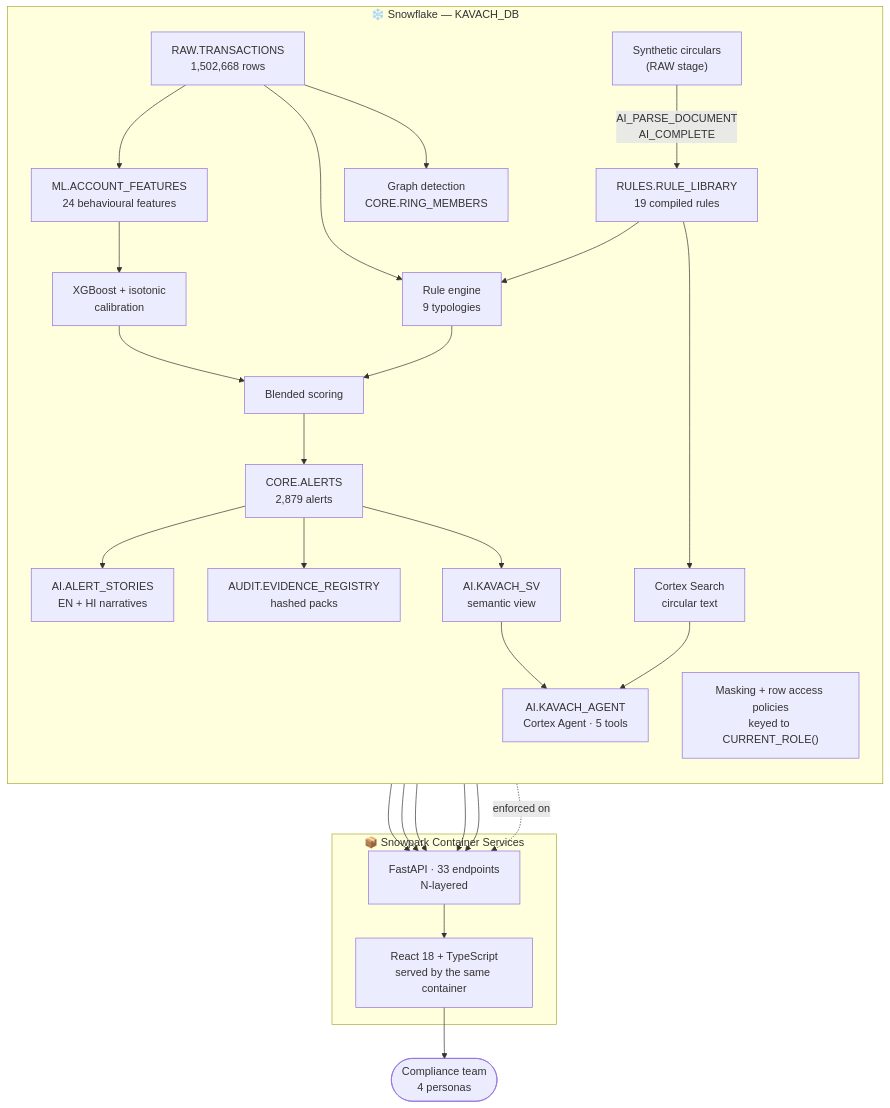
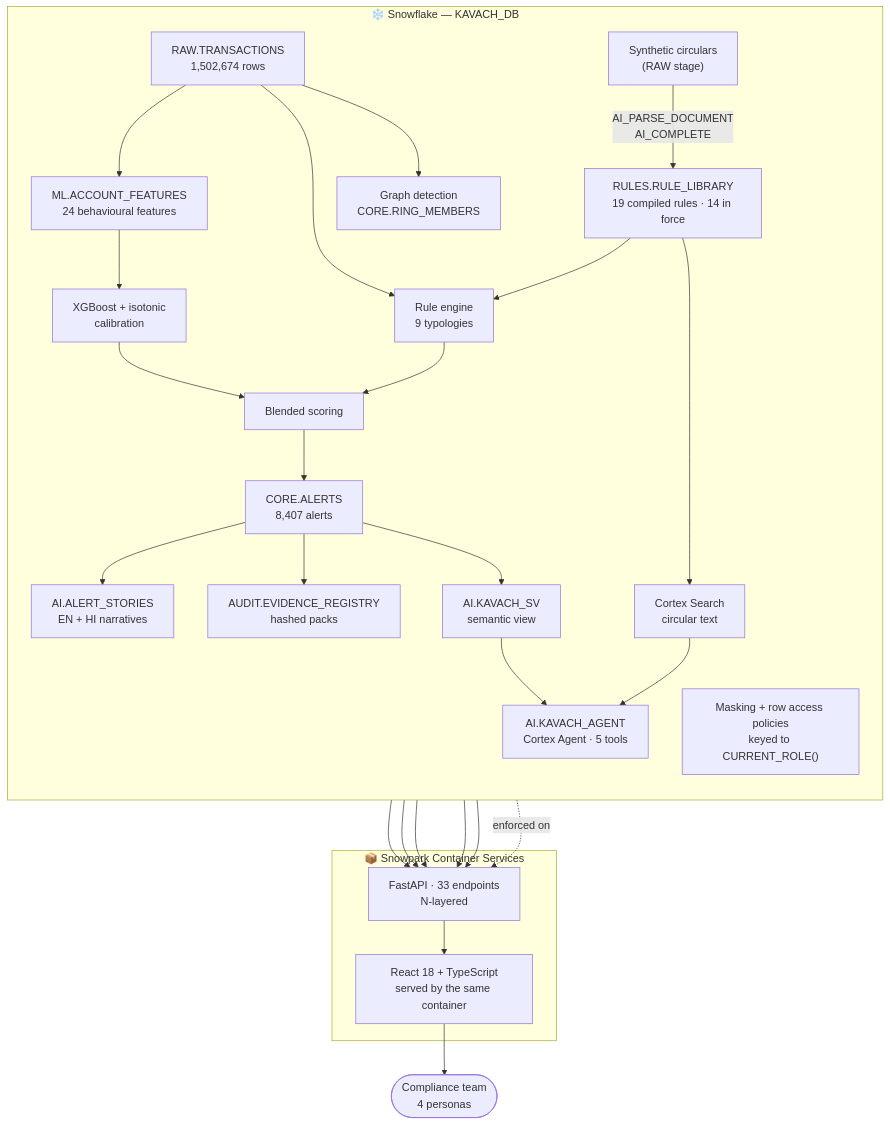
The diagram in README.md (PRATHAMAHUJA001/KAVACH), drawn with Mermaid before and after one commit. The commit also changed other lines of this file, not shown here.

````diff
--- a/README.md
+++ b/README.md
@@ -374,36 +384,36 @@
 ```mermaid
 graph TB
     subgraph SF["❄️ Snowflake — KAVACH_DB"]
         direction TB
-        CIRC["Synthetic circulars<br/>(RAW stage)"] -->|AI_PARSE_DOCUMENT<br/>AI_COMPLETE| RULES["RULES.RULE_LIBRARY<br/>19 compiled rules"]
-        TXN["RAW.TRANSACTIONS<br/>1,502,668 rows"] --> FEAT["ML.ACCOUNT_FEATURES<br/>24 behavioural features"]
+        CIRC["Synthetic circulars<br/>(RAW stage)"] -->|AI_PARSE_DOCUMENT<br/>AI_COMPLETE| RULES["RULES.RULE_LIBRARY<br/>19 compiled rules · 14 in force"]
+        TXN["RAW.TRANSACTIONS<br/>1,502,674 rows"] --> FEAT["ML.ACCOUNT_FEATURES<br/>24 behavioural features"]
         FEAT --> XGB["XGBoost + isotonic<br/>calibration"]
         TXN --> ENGINE["Rule engine<br/>9 typologies"]
         RULES --> ENGINE
         XGB --> BLEND["Blended scoring"]
         ENGINE --> BLEND
-        BLEND --> ALERTS["CORE.ALERTS<br/>2,879 alerts"]
+        BLEND --> ALERTS["CORE.ALERTS<br/>8,407 alerts"]
         TXN --> GRAPH["Graph detection<br/>CORE.RING_MEMBERS"]
         ALERTS --> STORY["AI.ALERT_STORIES<br/>EN + HI narratives"]
         ALERTS --> EVID["AUDIT.EVIDENCE_REGISTRY<br/>hashed packs"]
         RULES --> SEARCH["Cortex Search<br/>circular text"]
         ALERTS --> SV["AI.KAVACH_SV<br/>semantic view"]
         SV --> AGENT["AI.KAVACH_AGENT<br/>Cortex Agent · 5 tools"]
         SEARCH --> AGENT
         MASK["Masking + row access policies<br/>keyed to CURRENT_ROLE()"]
     end
 
     subgraph SPCS["📦 Snowpark Container Services"]
         API["FastAPI · 33 endpoints<br/>N-layered"]
         UI["React 18 + TypeScript<br/>served by the same container"]
     end
 
     ALERTS --> API
     STORY --> API
     EVID --> API
     AGENT --> API
     GRAPH --> API
     MASK -.enforced on.-> API
     API --> UI
     UI --> USER(["Compliance team<br/>4 personas"])
 ```
````
